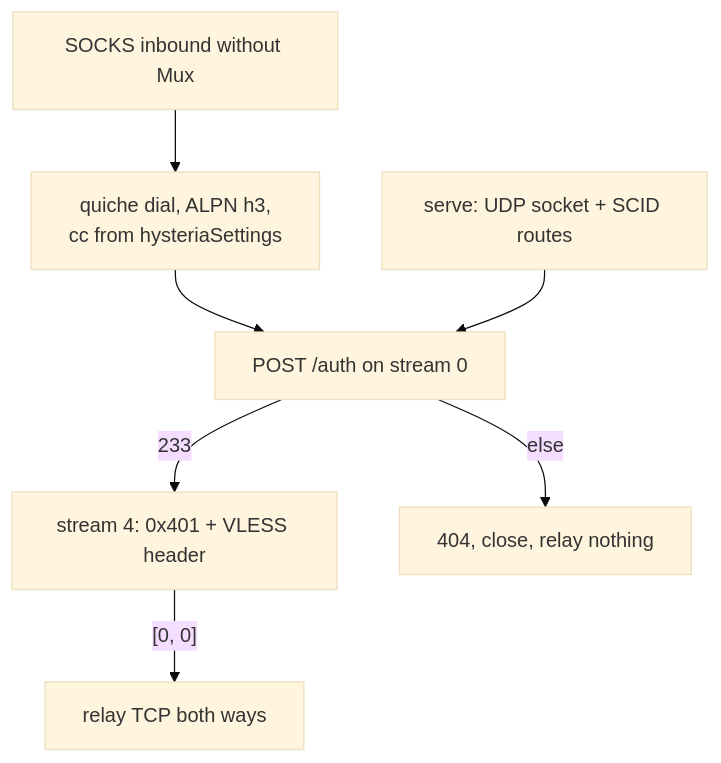
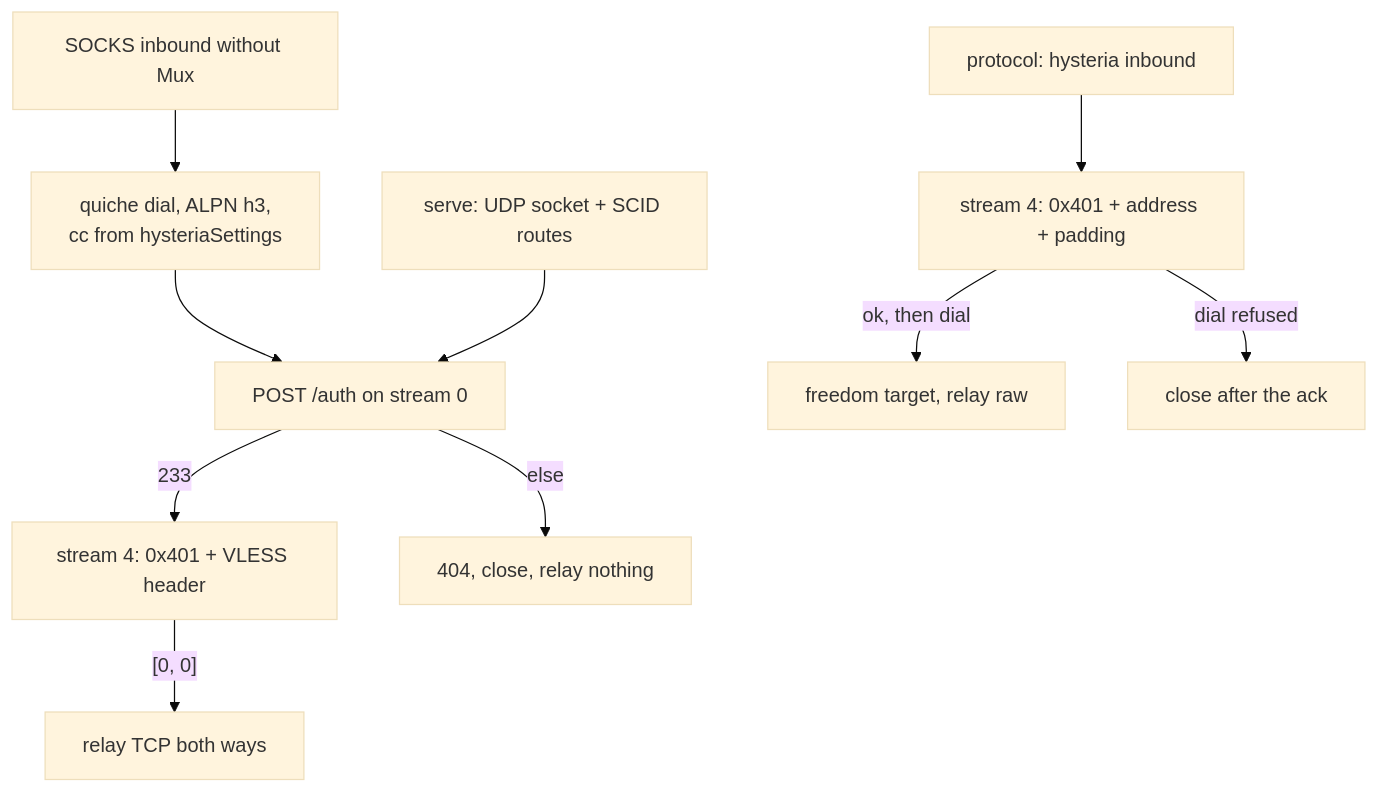
The diagram in docs/function/carrier-hysteria.md (TheGorgeousIvorChival/ferrox), drawn with Mermaid (base theme) before and after one commit. The commit also changed other lines of this file and 3 other files, not shown here.

````diff
--- a/docs/function/carrier-hysteria.md
+++ b/docs/function/carrier-hysteria.md
@@ -28,9 +37,12 @@
 ```mermaid
 graph TD
     S["SOCKS inbound without Mux"] --> D["quiche dial, ALPN h3,<br/>cc from hysteriaSettings"]
     D --> A["POST /auth on stream 0"]
     A -- 233 --> F["stream 4: 0x401 + VLESS header"]
     F -- "[0, 0]" --> R["relay TCP both ways"]
     A -- else --> X["404, close, relay nothing"]
     H["serve: UDP socket + SCID routes"] --> A
+    P["protocol: hysteria inbound"] --> Q["stream 4: 0x401 + address + padding"]
+    Q -- "ok, then dial" --> T["freedom target, relay raw"]
+    Q -- "dial refused" --> C["close after the ack"]
 ```
````
